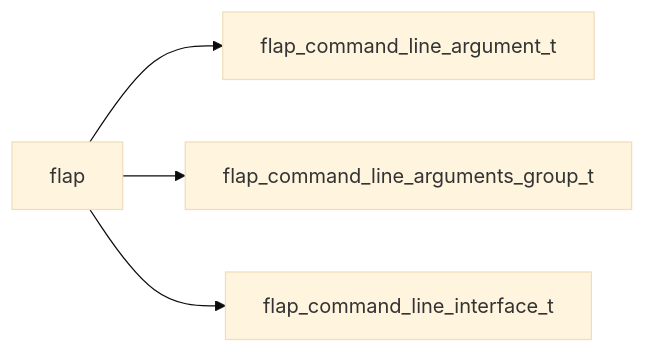
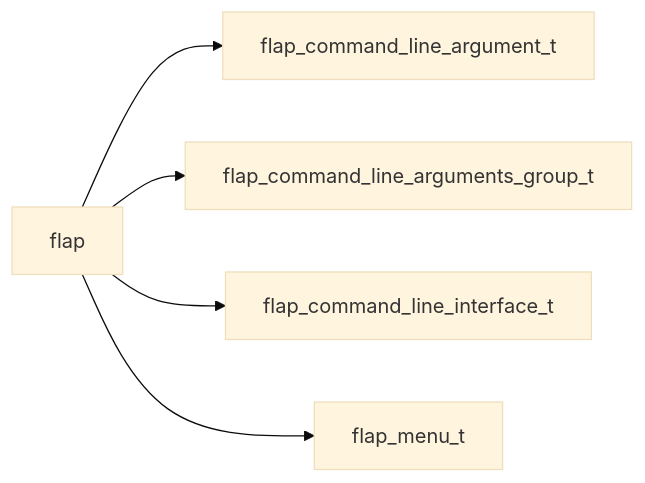
Before and after one commit to szaghi/FLAP: the diagram in docs/api/src/lib/flap.md, drawn with Mermaid (base theme). The commit also changed 21 other files, not shown here.

First line of the commit message:
feat(menu): flap_menu_t, interactive single-choice menus

````diff
--- a/docs/api/src/lib/flap.md
+++ b/docs/api/src/lib/flap.md
@@ -14,6 +14,7 @@
 ```mermaid
 graph LR
   flap["flap"] --> flap_command_line_argument_t["flap_command_line_argument_t"]
   flap["flap"] --> flap_command_line_arguments_group_t["flap_command_line_arguments_group_t"]
   flap["flap"] --> flap_command_line_interface_t["flap_command_line_interface_t"]
+  flap["flap"] --> flap_menu_t["flap_menu_t"]
 ```
````
